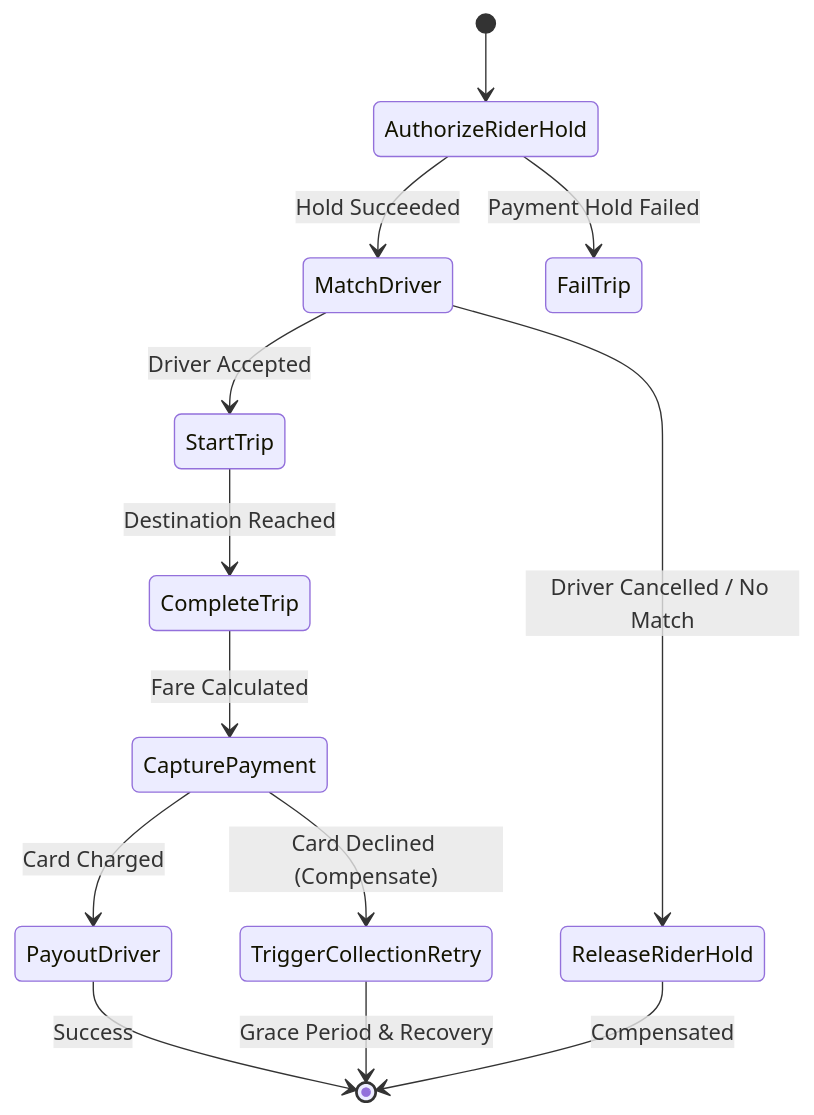
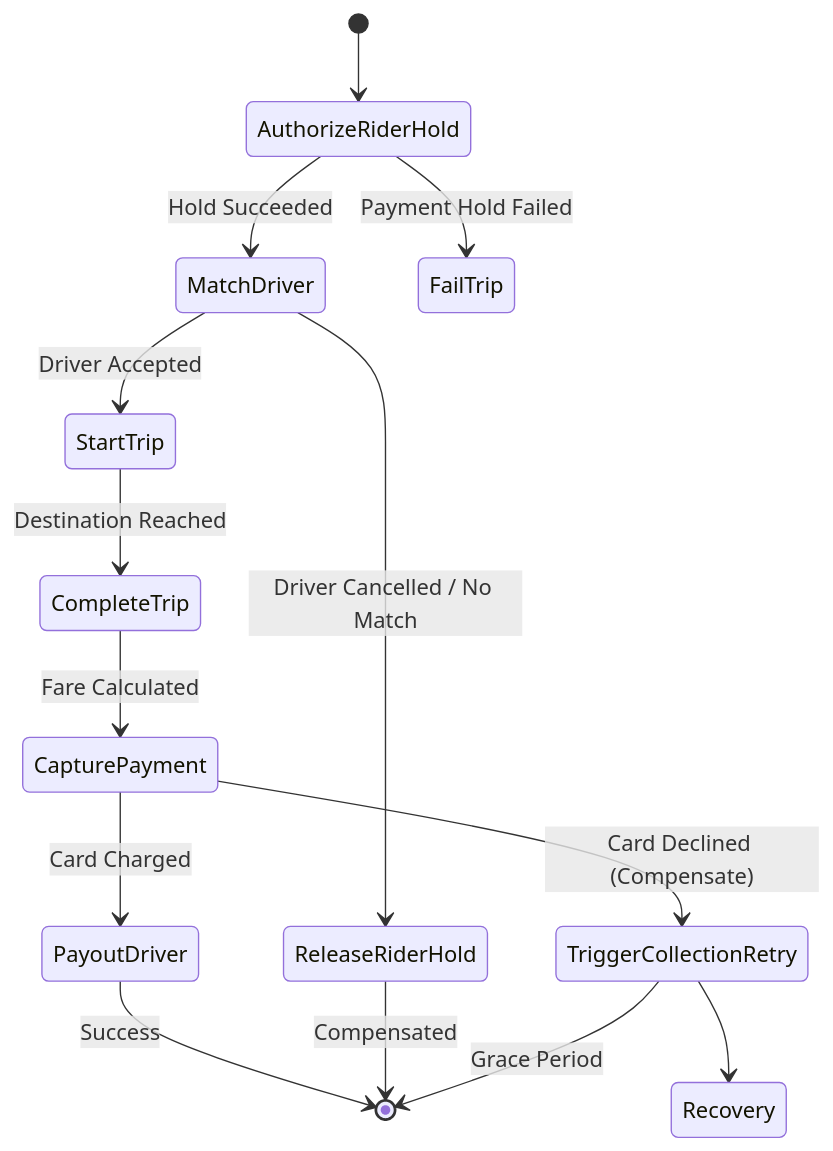
One commit to akmalkhaniub/akmalkhaniub.github.io changed the third of 4 diagrams in blog/posts/distributed-transactions-evolution-present-truetime-multi-raft-sagas-uber-netflix.md. Above: the diagram before and after it, drawn with Mermaid. The commit also changed other lines of this file and 894 other files, not shown here.

Commit message:
feat(blog): upgrade all 444 posts with unique staggered dates, 2-col Mermaid spines, benchmark tables, code blocks, and trade-offs

````diff
--- a/blog/posts/distributed-transactions-evolution-present-truetime-multi-raft-sagas-uber-netflix.md
+++ b/blog/posts/distributed-transactions-evolution-present-truetime-multi-raft-sagas-uber-netflix.md
@@ -110,19 +115,20 @@
 ```mermaid
 stateDiagram-v2
   [*] --> AuthorizeRiderHold
   AuthorizeRiderHold --> MatchDriver : Hold Succeeded
   AuthorizeRiderHold --> FailTrip : Payment Hold Failed
   
   MatchDriver --> StartTrip : Driver Accepted
   MatchDriver --> ReleaseRiderHold : Driver Cancelled / No Match
   
   StartTrip --> CompleteTrip : Destination Reached
   CompleteTrip --> CapturePayment : Fare Calculated
   
   CapturePayment --> PayoutDriver : Card Charged
   CapturePayment --> TriggerCollectionRetry : Card Declined (Compensate)
   
   PayoutDriver --> [*] : Success
   ReleaseRiderHold --> [*] : Compensated
-  TriggerCollectionRetry --> [*] : Grace Period & Recovery
+  TriggerCollectionRetry --> [*] : Grace Period
+  TriggerCollectionRetry --> Recovery
 ```
````
